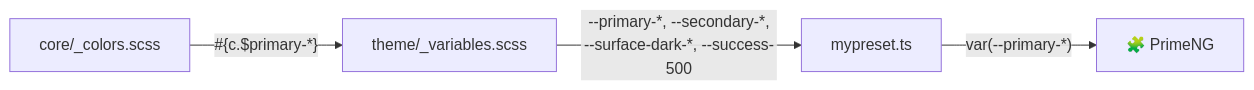
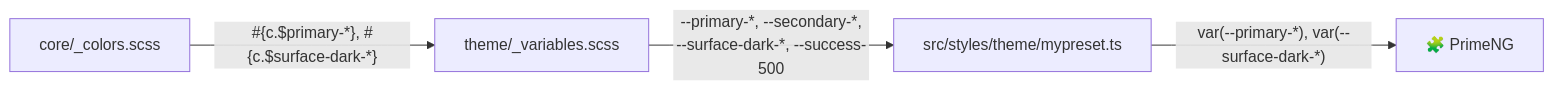
The second of 3 diagrams in src/styles/estandar-hoja-estilos.md (geshyrihu/luxuryapp-angular), drawn with Mermaid before and after one commit. The commit also changed other lines of this file and 54 other files, not shown here.

````diff
--- a/src/styles/estandar-hoja-estilos.md
+++ b/src/styles/estandar-hoja-estilos.md
@@ -83,6 +83,6 @@
 ```mermaid
 flowchart LR
-    A["core/_colors.scss"] -->|"#{c.$primary-*}"| B["theme/_variables.scss"]
-    B -->|"--primary-*, --secondary-*,<br/>--surface-dark-*, --success-500"| C["mypreset.ts"]
-    C -->|"var(--primary-*)"| D["🧩 PrimeNG"]
+    A["core/_colors.scss"] -->|"#{c.$primary-*}, #{c.$surface-dark-*}"| B["theme/_variables.scss"]
+    B -->|"--primary-*, --secondary-*,<br/>--surface-dark-*, --success-500"| C["src/styles/theme/mypreset.ts"]
+    C -->|"var(--primary-*), var(--surface-dark-*)"| D["🧩 PrimeNG"]
 ```
````
